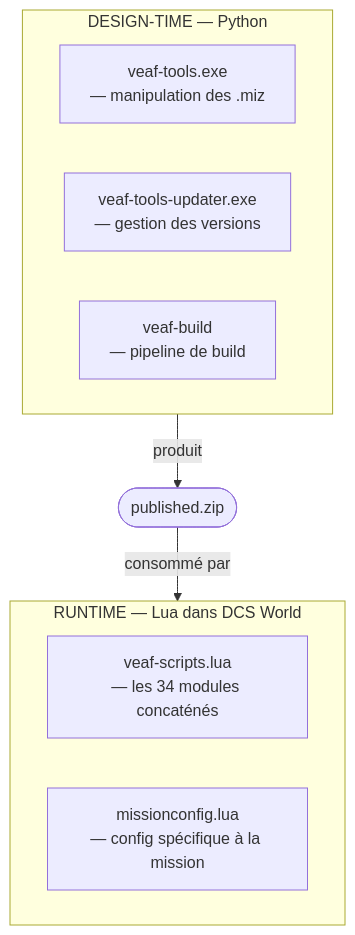
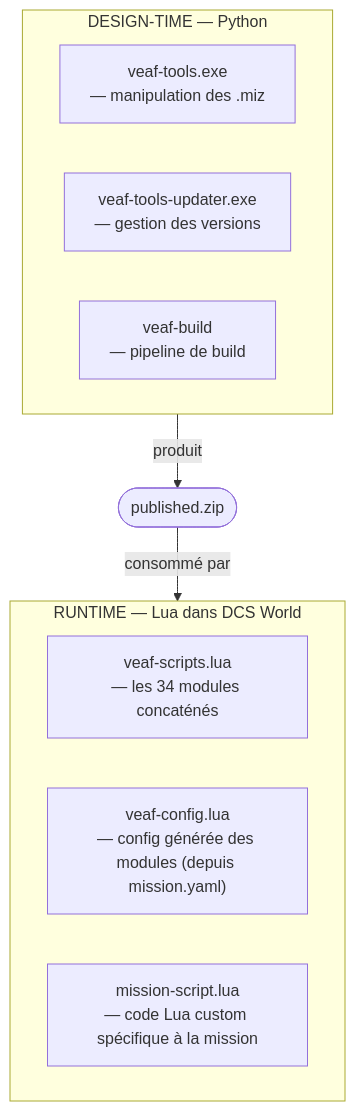
One commit to VEAF/VEAF-Mission-Creation-Tools changed the diagram in doc/developer/GUIDE.fr.md. Above: the diagram before and after it, drawn with Mermaid. The commit also changed other lines of this file and 29 other files, not shown here.

````diff
--- a/doc/developer/GUIDE.fr.md
+++ b/doc/developer/GUIDE.fr.md
@@ -25,14 +25,15 @@
 ```mermaid
 flowchart TD
     subgraph DT["DESIGN-TIME — Python"]
         tools["veaf-tools.exe<br/>— manipulation des .miz"]
         updater["veaf-tools-updater.exe<br/>— gestion des versions"]
         build["veaf-build<br/>— pipeline de build"]
     end
     DT -->|produit| zip(["published.zip"])
     zip -->|consommé par| RT
     subgraph RT["RUNTIME — Lua dans DCS World"]
         scripts["veaf-scripts.lua<br/>— les 34 modules concaténés"]
-        config["missionconfig.lua<br/>— config spécifique à la mission"]
+        config["veaf-config.lua<br/>— config générée des modules (depuis mission.yaml)"]
+        custom["mission-script.lua<br/>— code Lua custom spécifique à la mission"]
     end
 ```
````
